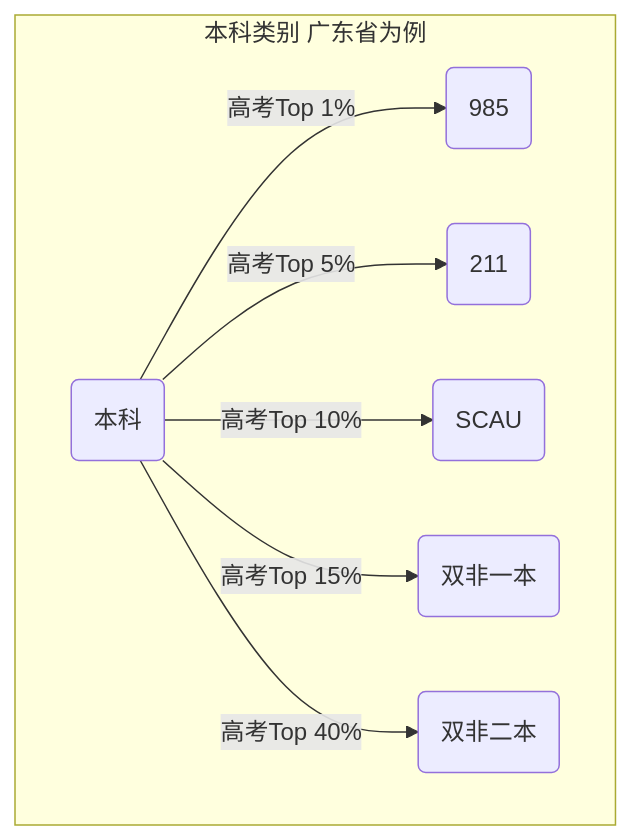
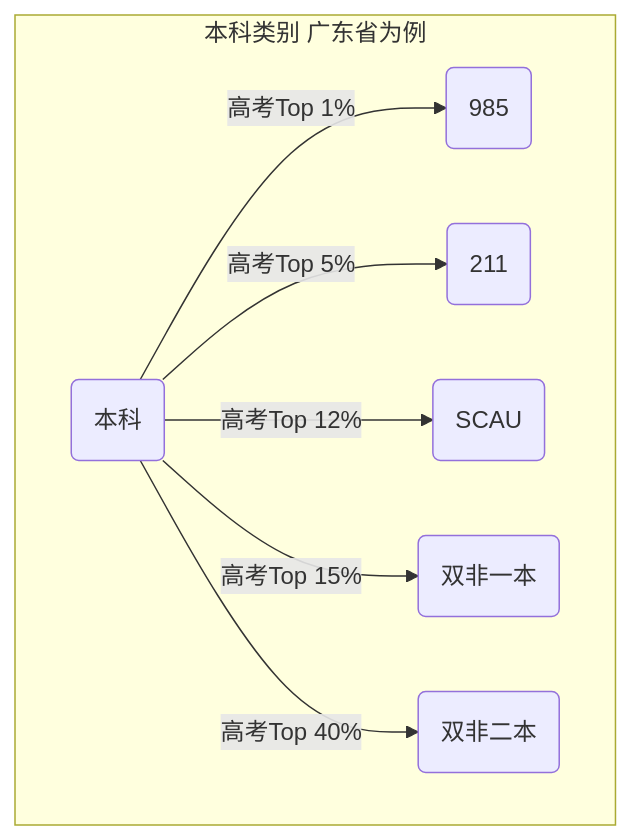
One commit to datar5/SCAU-Article changed the second of 2 diagrams in master/Rhine_datar5/第0章 介绍篇.md. Above: the diagram before and after it, drawn with Mermaid. The commit also changed other lines of this file and 19 other files, not shown here.

````diff
--- a/master/Rhine_datar5/第0章 介绍篇.md
+++ b/master/Rhine_datar5/第0章 介绍篇.md
@@ -59,10 +61,10 @@
 ```mermaid
 graph 
     subgraph 本科类别 广东省为例
     A(本科) -->|高考Top 1%| B(985)
     A --> |高考Top 5%|C(211)
-    A --> |高考Top 10%|F(SCAU)
+    A --> |高考Top 12%|F(SCAU)
     A --> |高考Top 15%|D(双非一本)
     A --> |高考Top 40%|E(双非二本)
     end
 ```
````
